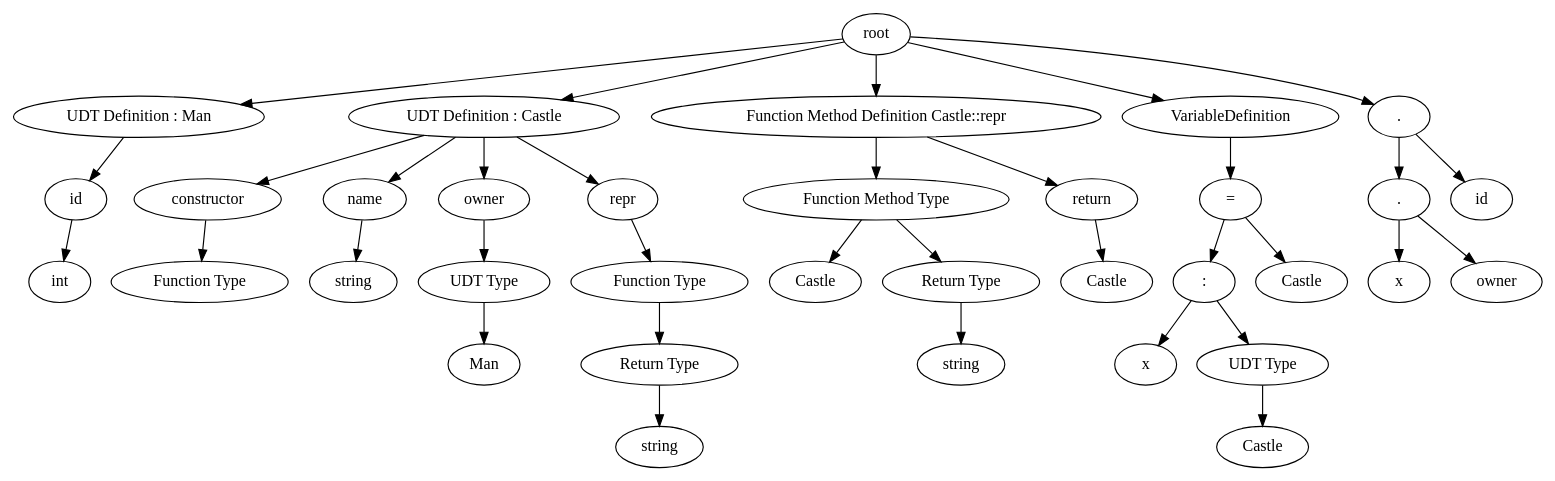
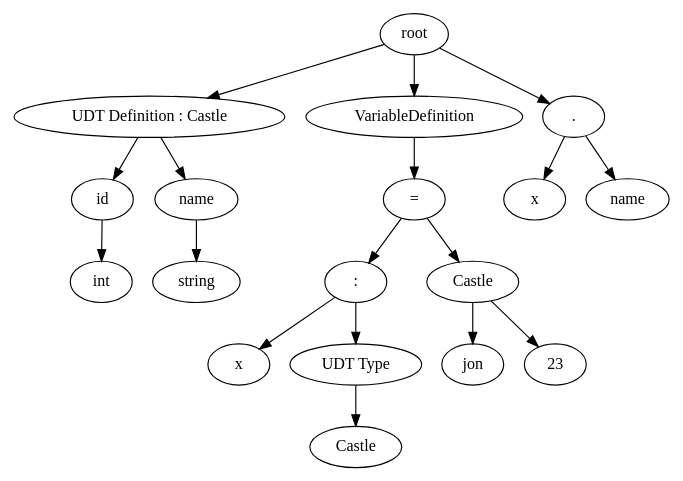
One commit to pranav-ap/wasp-lang changed the diagram in examples/module.dot. Above: the diagram before and after it, drawn with Graphviz. The commit also changed 9 other files, not shown here.

```diff
--- a/examples/module.dot
+++ b/examples/module.dot
@@ -1,71 +1,37 @@
 digraph G { 
  "0"   [label="root"]; 
- "1"   [label="UDT Definition : Man"]; 
+ "1"   [label="UDT Definition : Castle"]; 
  "0" -> "1"; 
  "2"   [label="id"]; 
  "1" -> "2"; 
  "3"   [label="int"]; 
  "2" -> "3"; 
- "4"   [label="UDT Definition : Castle"]; 
- "0" -> "4"; 
- "5"   [label="constructor"]; 
+ "4"   [label="name"]; 
+ "1" -> "4"; 
+ "5"   [label="string"]; 
  "4" -> "5"; 
- "6"   [label="Function Type"]; 
- "5" -> "6"; 
- "7"   [label="name"]; 
- "4" -> "7"; 
- "8"   [label="string"]; 
+ "6"   [label="VariableDefinition"]; 
+ "0" -> "6"; 
+ "7"   [label="="]; 
+ "6" -> "7"; 
+ "8"   [label=":"]; 
  "7" -> "8"; 
- "9"   [label="owner"]; 
- "4" -> "9"; 
+ "9"   [label="x"]; 
+ "8" -> "9"; 
  "10"   [label="UDT Type"]; 
- "9" -> "10"; 
- "11"   [label="Man"]; 
+ "8" -> "10"; 
+ "11"   [label="Castle"]; 
  "10" -> "11"; 
- "12"   [label="repr"]; 
- "4" -> "12"; 
- "13"   [label="Function Type"]; 
+ "12"   [label="Castle"]; 
+ "7" -> "12"; 
+ "13"   [label="jon"]; 
  "12" -> "13"; 
- "14"   [label="Return Type"]; 
- "13" -> "14"; 
- "15"   [label="string"]; 
- "14" -> "15"; 
- "16"   [label="Function Method Definition Castle::repr"]; 
- "0" -> "16"; 
- "17"   [label="Function Method Type"]; 
- "16" -> "17"; 
- "18"   [label="Castle"]; 
- "17" -> "18"; 
- "19"   [label="Return Type"]; 
- "17" -> "19"; 
- "20"   [label="string"]; 
- "19" -> "20"; 
- "21"   [label="return"]; 
- "16" -> "21"; 
- "22"   [label="Castle"]; 
- "21" -> "22"; 
- "23"   [label="VariableDefinition"]; 
- "0" -> "23"; 
- "24"   [label="="]; 
- "23" -> "24"; 
- "25"   [label=":"]; 
- "24" -> "25"; 
- "26"   [label="x"]; 
- "25" -> "26"; 
- "27"   [label="UDT Type"]; 
- "25" -> "27"; 
- "28"   [label="Castle"]; 
- "27" -> "28"; 
- "29"   [label="Castle"]; 
- "24" -> "29"; 
- "30"   [label="."]; 
- "0" -> "30"; 
- "31"   [label="."]; 
- "30" -> "31"; 
- "32"   [label="x"]; 
- "31" -> "32"; 
- "33"   [label="owner"]; 
- "31" -> "33"; 
- "34"   [label="id"]; 
- "30" -> "34"; 
+ "14"   [label="23"]; 
+ "12" -> "14"; 
+ "15"   [label="."]; 
+ "0" -> "15"; 
+ "16"   [label="x"]; 
+ "15" -> "16"; 
+ "17"   [label="name"]; 
+ "15" -> "17"; 
  }
```
